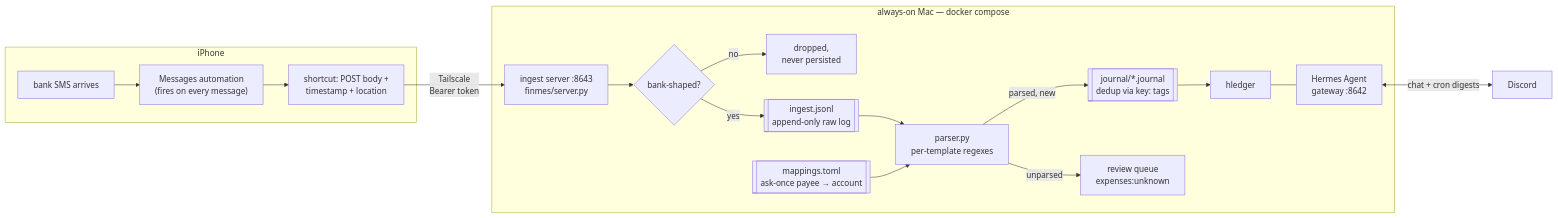
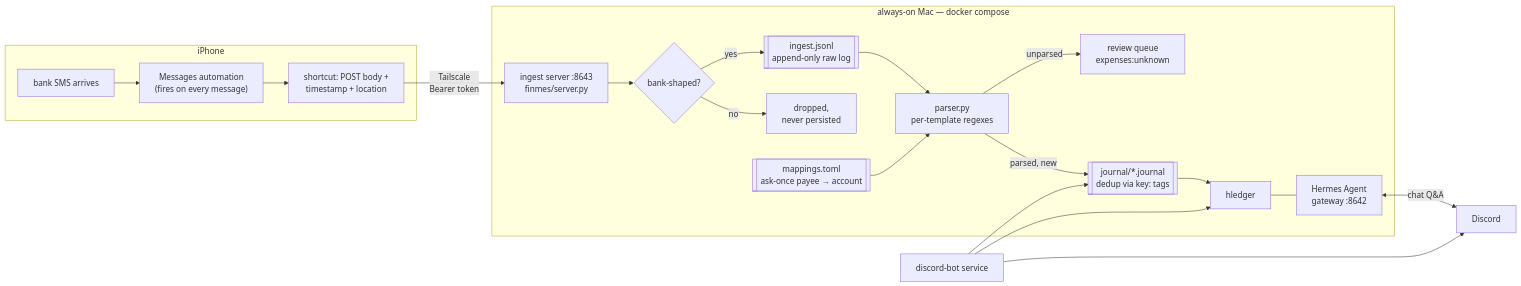
The diagram in README.md (unnxt30/finmes), drawn with Mermaid before and after one commit. The commit also changed other lines of this file and 3 other files, not shown here.

First line of the commit message:
feat: add Discord payee review and scheduled digests

````diff
--- a/README.md
+++ b/README.md
@@ -16,20 +16,23 @@
 ```mermaid
 flowchart LR
     subgraph phone [iPhone]
         A[bank SMS arrives] --> B["Messages automation<br/>(fires on every message)"]
         B --> C["shortcut: POST body +<br/>timestamp + location"]
     end
     C -->|"Tailscale<br/>Bearer token"| D["ingest server :8643<br/>finmes/server.py"]
     subgraph mac [always-on Mac — docker compose]
         D --> E{bank-shaped?}
         E -->|no| X[dropped,<br/>never persisted]
         E -->|yes| F[["ingest.jsonl<br/>append-only raw log"]]
         F --> G["parser.py<br/>per-template regexes"]
         M[["mappings.toml<br/>ask-once payee → account"]] --> G
         G -->|parsed, new| H[["journal/*.journal<br/>dedup via key: tags"]]
         G -->|unparsed| R["review queue<br/>expenses:unknown"]
         H --> I[hledger]
-        I --- J["Hermes Agent<br/>gateway :8642"]
+    I --- J["Hermes Agent<br/>gateway :8642"]
     end
-    J <-->|chat + cron digests| K[Discord]
+    J <-->|chat Q&A| K[Discord]
+    L["discord-bot service"] --> K
+    L --> I
+    L --> H
 ```
````
